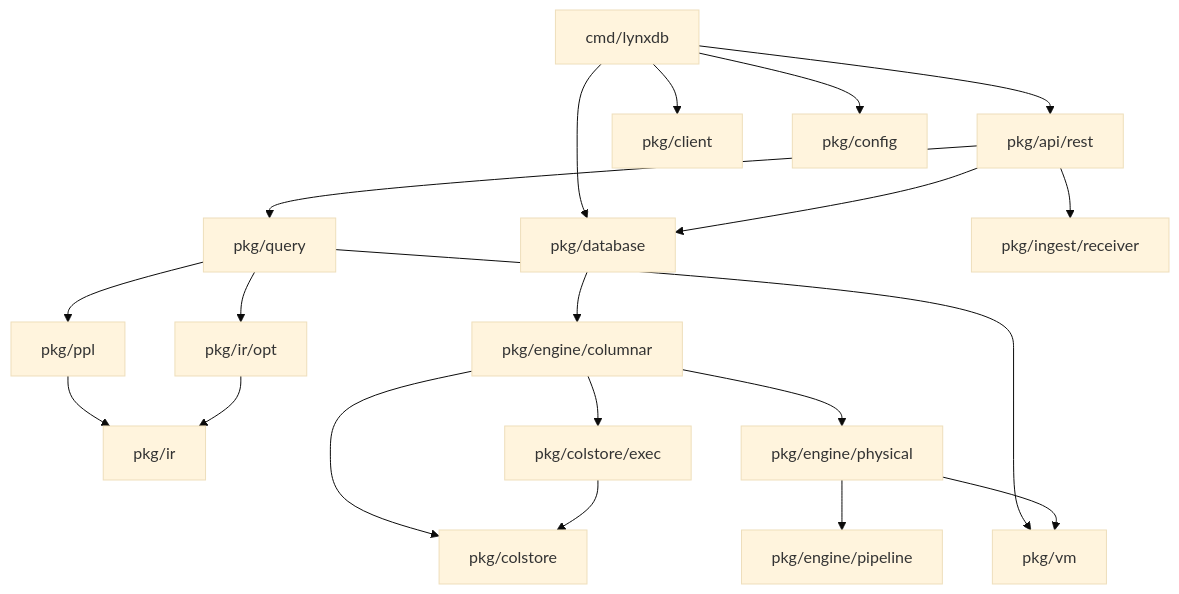
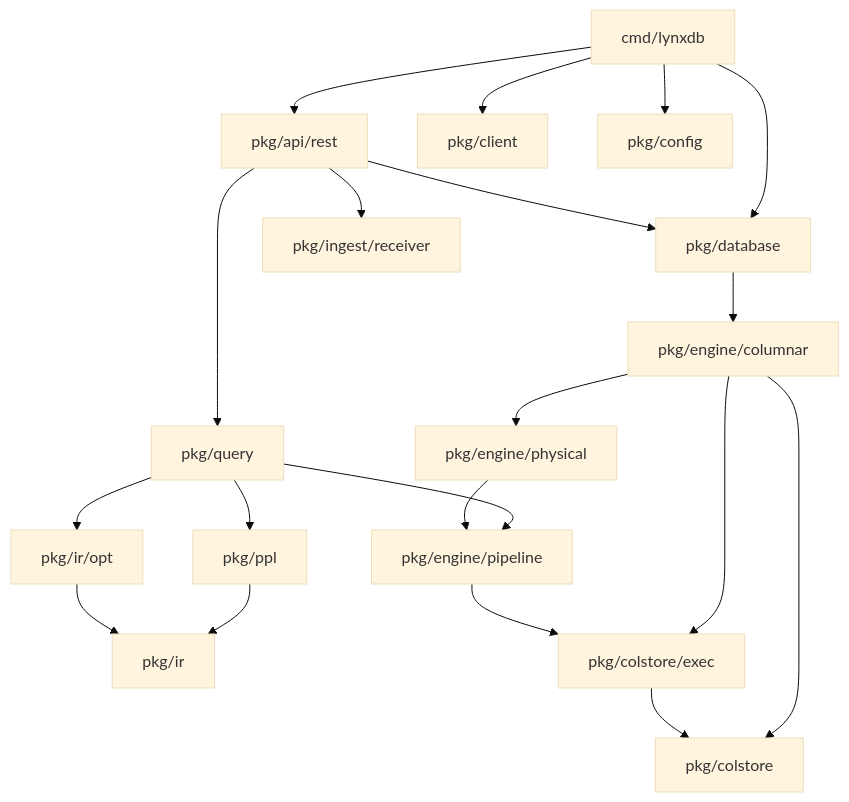
The diagram in docs/site/docs/contributing/project-structure.md (lynxbase/lynxdb), drawn with Mermaid (base theme) before and after one commit. The commit also changed other lines of this file and 9 other files, not shown here.

````diff
--- a/docs/site/docs/contributing/project-structure.md
+++ b/docs/site/docs/contributing/project-structure.md
@@ -179,25 +175,25 @@
 ```mermaid
 flowchart TD
     CMD["cmd/lynxdb"] --> API["pkg/api/rest"]
     CMD --> CLIENT["pkg/client"]
     CMD --> CONFIG["pkg/config"]
     CMD --> DB["pkg/database"]
 
     API --> DB
     API --> QUERY["pkg/query"]
     API --> RECV["pkg/ingest/receiver"]
 
     DB --> COLUMNAR["pkg/engine/columnar"]
     QUERY --> PPL["pkg/ppl"]
     QUERY --> OPT["pkg/ir/opt"]
-    QUERY --> VM["pkg/vm"]
+    QUERY --> PIPELINE
     PPL --> IR["pkg/ir"]
     OPT --> IR
 
     COLUMNAR --> COLSTORE["pkg/colstore"]
     COLUMNAR --> EXEC["pkg/colstore/exec"]
     COLUMNAR --> PHYSICAL["pkg/engine/physical"]
     PHYSICAL --> PIPELINE["pkg/engine/pipeline"]
-    PHYSICAL --> VM
+    PIPELINE --> EXEC
     EXEC --> COLSTORE
 ```
````
